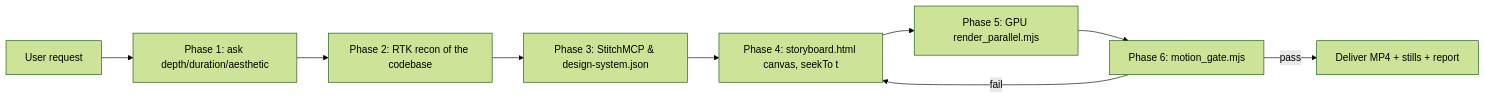
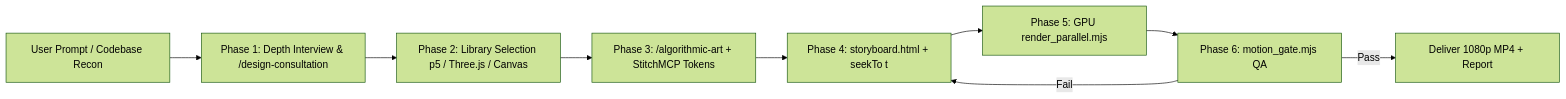
One commit to AhmedNasser-bug/codebase-motion-graphics changed the diagram in SKILL.md. Above: the diagram before and after it, drawn with Mermaid (forest theme). The commit also changed other lines of this file and 3 other files, not shown here.

Commit message:
feat: upgrade skill with p5.js, Three.js, /algorithmic-art and /canvas-design integration + starter templates

````diff
--- a/SKILL.md
+++ b/SKILL.md
@@ -43,11 +46,11 @@
 ```mermaid
 flowchart LR
-  A[User request] --> B[Phase 1: ask depth/duration/aesthetic]
-  B --> C[Phase 2: RTK recon of the codebase]
-  C --> D[Phase 3: StitchMCP & design-system.json]
-  D --> E[Phase 4: storyboard.html canvas, seekTo t]
+  A[User Prompt / Codebase Recon] --> B[Phase 1: Depth Interview & /design-consultation]
+  B --> C[Phase 2: Library Selection p5 / Three.js / Canvas]
+  C --> D[Phase 3: /algorithmic-art + StitchMCP Tokens]
+  D --> E[Phase 4: storyboard.html + seekTo t]
   E --> F[Phase 5: GPU render_parallel.mjs]
-  F --> G[Phase 6: motion_gate.mjs]
-  G -->|fail| E
-  G -->|pass| H[Deliver MP4 + stills + report]
+  F --> G[Phase 6: motion_gate.mjs QA]
+  G -->|Pass| H[Deliver 1080p MP4 + Report]
+  G -->|Fail| E
 ```
````
